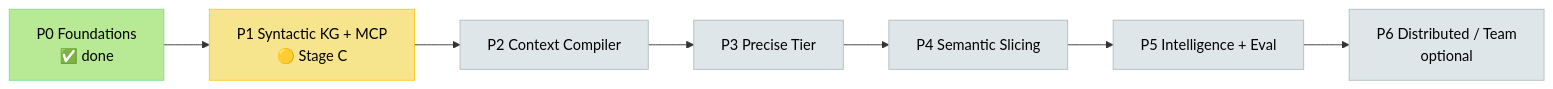
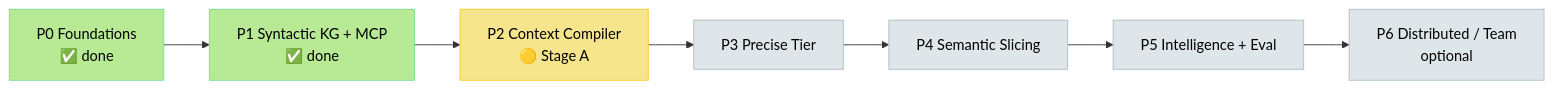
One commit to Md-Jazbee/prism changed the first of 2 diagrams in docs/planning/TASKS-AND-PROGRESS.md. Above: the diagram before and after it, drawn with Mermaid. The commit also changed other lines of this file and 22 other files, not shown here.

````diff
--- a/docs/planning/TASKS-AND-PROGRESS.md
+++ b/docs/planning/TASKS-AND-PROGRESS.md
@@ -26,17 +26,17 @@
 ```mermaid
 flowchart LR
-    P0[P0 Foundations<br/>✅ done] --> P1[P1 Syntactic KG + MCP<br/>🟡 Stage C]
-    P1 --> P2[P2 Context Compiler]
+    P0[P0 Foundations<br/>✅ done] --> P1[P1 Syntactic KG + MCP<br/>✅ done]
+    P1 --> P2[P2 Context Compiler<br/>🟡 Stage A]
     P2 --> P3[P3 Precise Tier]
     P3 --> P4[P4 Semantic Slicing]
     P4 --> P5[P5 Intelligence + Eval]
     P5 --> P6[P6 Distributed / Team<br/>optional]
 
     style P0 fill:#b8e994,stroke:#78e08f,color:#000
-    style P1 fill:#f6e58d,stroke:#f9ca24,color:#000
-    style P2 fill:#dfe6e9,stroke:#b2bec3,color:#000
+    style P1 fill:#b8e994,stroke:#78e08f,color:#000
+    style P2 fill:#f6e58d,stroke:#f9ca24,color:#000
     style P3 fill:#dfe6e9,stroke:#b2bec3,color:#000
     style P4 fill:#dfe6e9,stroke:#b2bec3,color:#000
     style P5 fill:#dfe6e9,stroke:#b2bec3,color:#000
     style P6 fill:#dfe6e9,stroke:#b2bec3,color:#000
 ```
````
